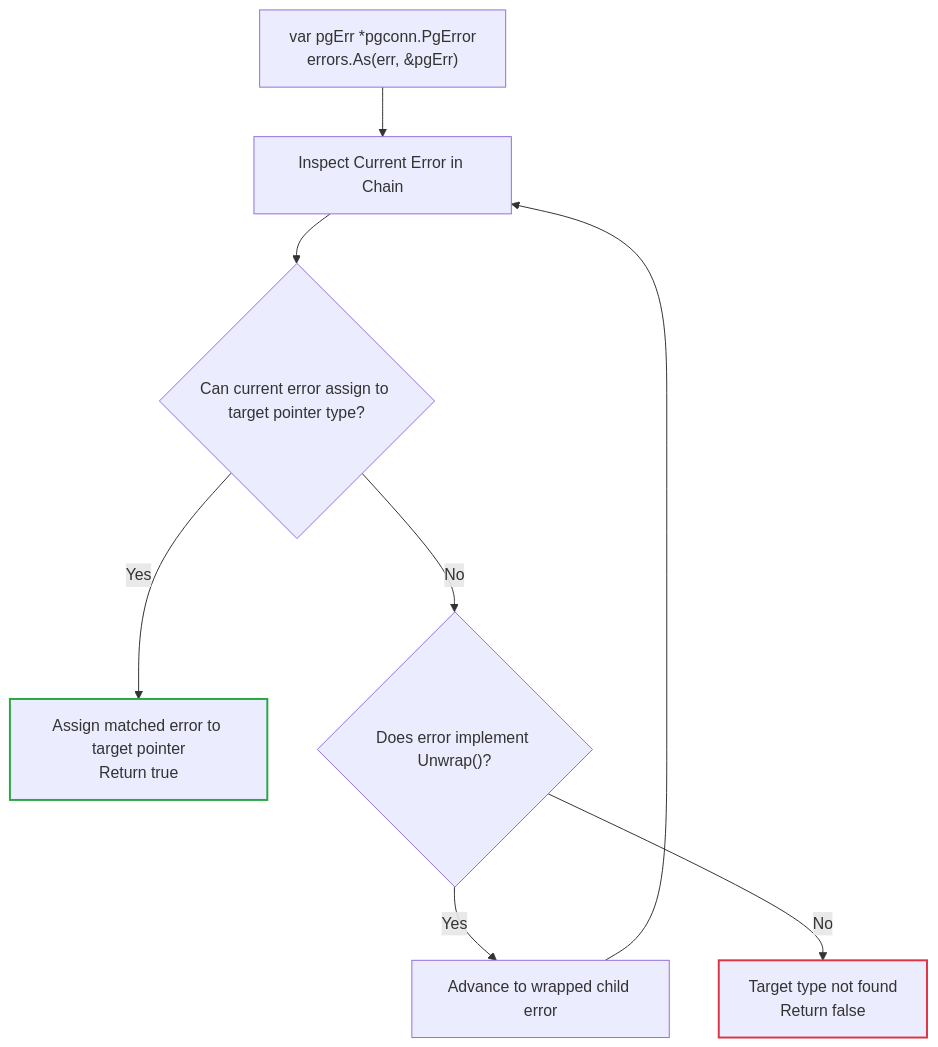
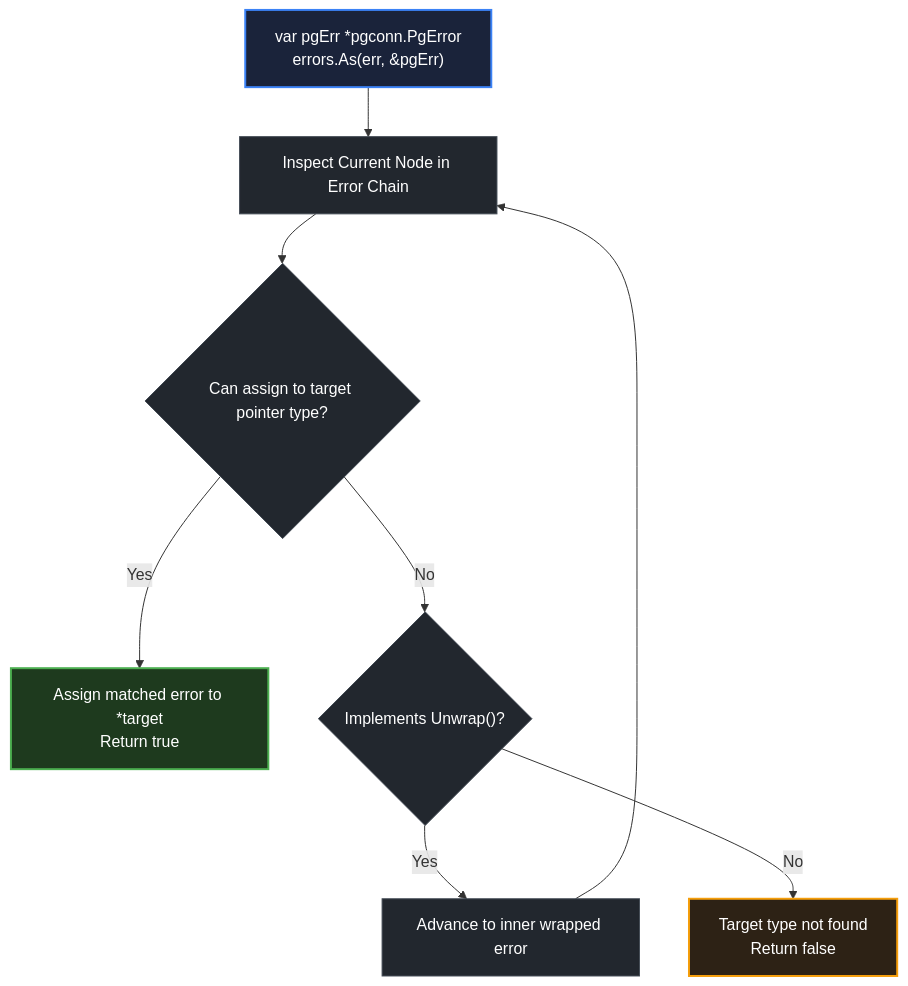
Before and after one commit to swe-labs/the-go-engineer: the diagram in curriculum/modules/04-functions-errors-data-semantics/lessons/12-errors-as/README.md, drawn with Mermaid. The commit also changed other lines of this file and 32 other files, not shown here.

````diff
--- a/curriculum/modules/04-functions-errors-data-semantics/lessons/12-errors-as/README.md
+++ b/curriculum/modules/04-functions-errors-data-semantics/lessons/12-errors-as/README.md
@@ -17,17 +19,22 @@
 ```mermaid
 flowchart TD
-    QUERY["var pgErr *pgconn.PgError
-errors.As(err, &pgErr)"]
+    classDef frontDoor fill:#1a233a,stroke:#3b82f6,stroke-width:2px,color:#ffffff;
+    classDef exitGate fill:#1e3a1e,stroke:#4caf50,stroke-width:2px,color:#ffffff;
+    classDef standardNode fill:#22272e,stroke:#444c56,stroke-width:1px,color:#ffffff;
+    classDef capstoneNode fill:#2d2215,stroke:#f59e0b,stroke-width:2px,color:#ffffff;
 
-    QUERY --> TOP["Inspect Current Error in Chain"]
-    TOP --> CHECK{"Can current error assign to target pointer type?"}
-    CHECK -->|Yes| COPY["Assign matched error to target pointer
-Return true"]
-    CHECK -->|No| UNWRAP{"Does error implement Unwrap()?"}
-    UNWRAP -->|Yes| NEXT["Advance to wrapped child error"] --> TOP
-    UNWRAP -->|No| FAIL["Target type not found
-Return false"]
+    QUERY["var pgErr *pgconn.PgError<br/>errors.As(err, &pgErr)"]:::frontDoor
+    TOP["Inspect Current Node in Error Chain"]:::standardNode
+    CHECK{"Can assign to target pointer type?"}:::standardNode
+    COPY["Assign matched error to *target<br/>Return true"]:::exitGate
+    UNWRAP{"Implements Unwrap()?"}:::standardNode
+    NEXT["Advance to inner wrapped error"]:::standardNode
+    FAIL["Target type not found<br/>Return false"]:::capstoneNode
 
-    style COPY stroke:#28a745,stroke-width:2px
-    style FAIL stroke:#dc3545,stroke-width:2px
+    QUERY --> TOP
+    TOP --> CHECK
+    CHECK -->|Yes| COPY
+    CHECK -->|No| UNWRAP
+    UNWRAP -->|Yes| NEXT --> TOP
+    UNWRAP -->|No| FAIL
 ```
````
